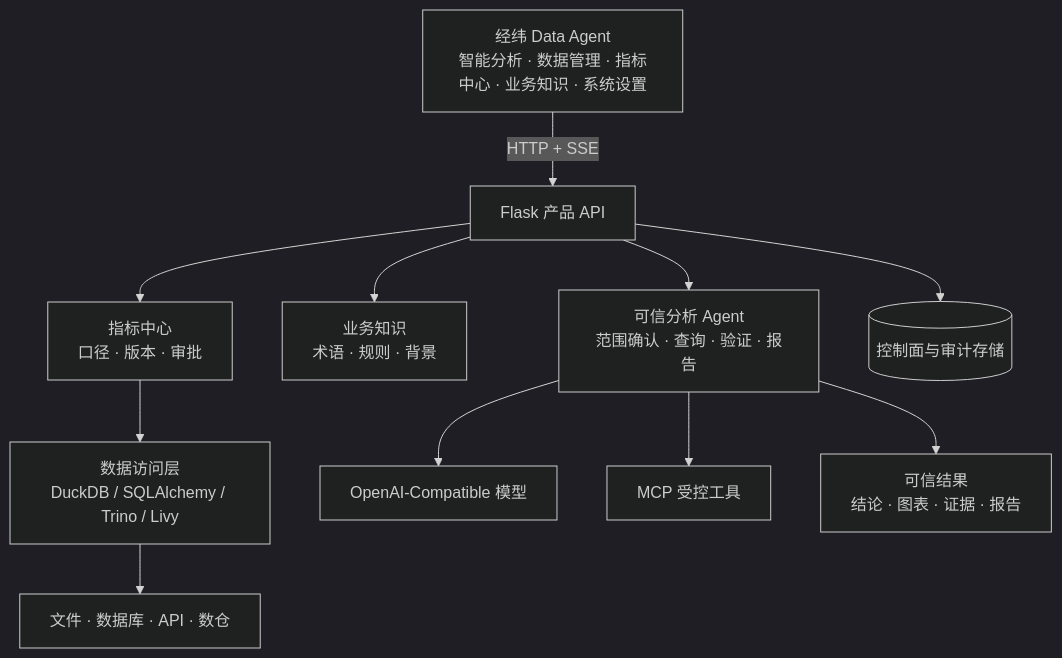
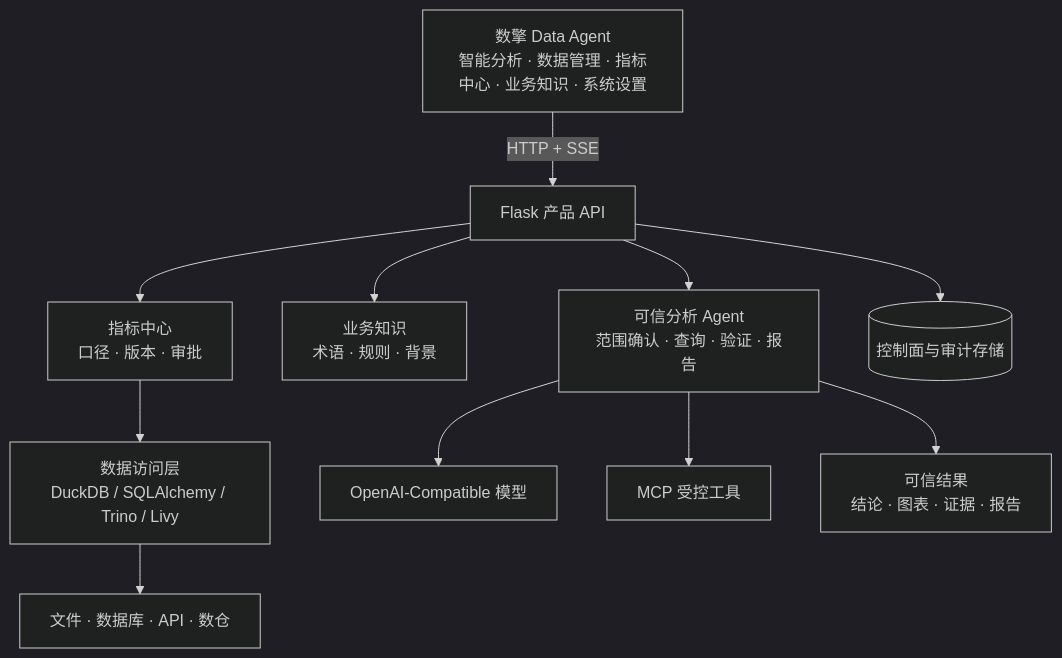
The diagram in README.md (fuyuxiang/data-agent), drawn with Mermaid (dark theme) before and after one commit. The commit also changed other lines of this file and 4 other files, not shown here.

````diff
--- a/README.md
+++ b/README.md
@@ -117,14 +117,14 @@
 ```mermaid
 flowchart TB
-    UI["经纬 Data Agent<br/>智能分析 · 数据管理 · 指标中心 · 业务知识 · 系统设置"]
+    UI["数擎 Data Agent<br/>智能分析 · 数据管理 · 指标中心 · 业务知识 · 系统设置"]
     UI -->|HTTP + SSE| API["Flask 产品 API"]
     API --> SEMANTIC["指标中心<br/>口径 · 版本 · 审批"]
     API --> KNOWLEDGE["业务知识<br/>术语 · 规则 · 背景"]
     API --> AGENT["可信分析 Agent<br/>范围确认 · 查询 · 验证 · 报告"]
     AGENT --> MODEL["OpenAI-Compatible 模型"]
     AGENT --> MCP["MCP 受控工具"]
     SEMANTIC --> DATA["数据访问层<br/>DuckDB / SQLAlchemy / Trino / Livy"]
     DATA --> SOURCES["文件 · 数据库 · API · 数仓"]
     AGENT --> RESULT["可信结果<br/>结论 · 图表 · 证据 · 报告"]
     API --> CONTROL[("控制面与审计存储")]
 ```
````
